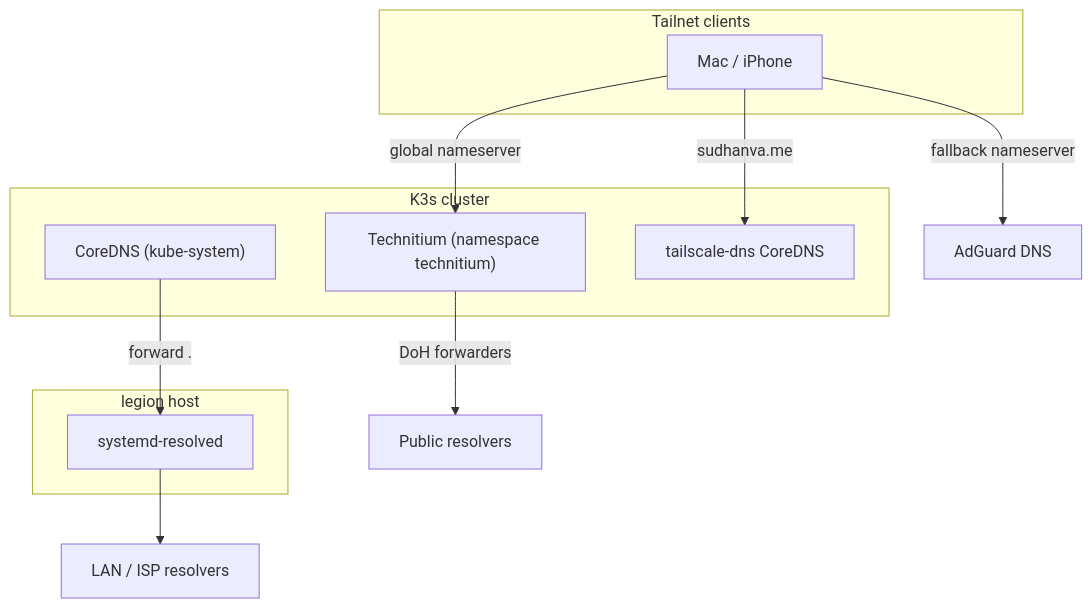
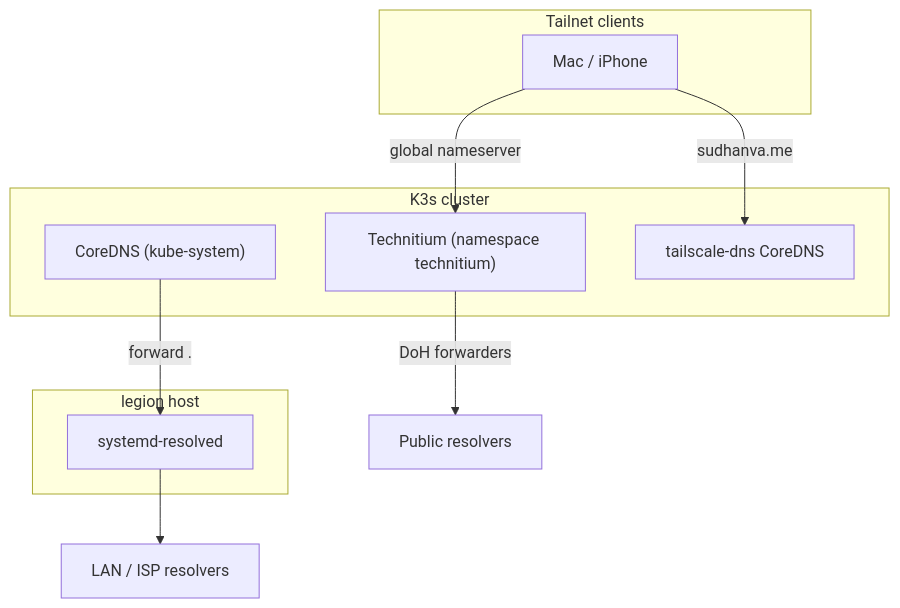
The diagram in docs/src/content/docs/explanation/node-networking.md (nsudhanva/homelab), drawn with Mermaid before and after one commit. The commit also changed other lines of this file and 3 other files, not shown here.

Commit message:
docs: tailnet DNS has no fallback nameserver

````diff
--- a/docs/src/content/docs/explanation/node-networking.md
+++ b/docs/src/content/docs/explanation/node-networking.md
@@ -50,23 +50,22 @@
 ```mermaid
 flowchart TB
     subgraph Tailnet["Tailnet clients"]
         Client["Mac / iPhone"]
     end
     subgraph Node["legion host"]
         Resolved["systemd-resolved"]
     end
     subgraph Cluster["K3s cluster"]
         CoreDNS["CoreDNS (kube-system)"]
         Technitium["Technitium (namespace technitium)"]
         SplitDNS["tailscale-dns CoreDNS"]
     end
     Upstream["LAN / ISP resolvers"]
     Public["Public resolvers"]
 
     Client -->|"global nameserver"| Technitium
-    Client -->|"fallback nameserver"| AdGuard["AdGuard DNS"]
     Client -->|"sudhanva.me"| SplitDNS
     Resolved --> Upstream
     CoreDNS -->|"forward ."| Resolved
     Technitium -->|"DoH forwarders"| Public
 ```
````
